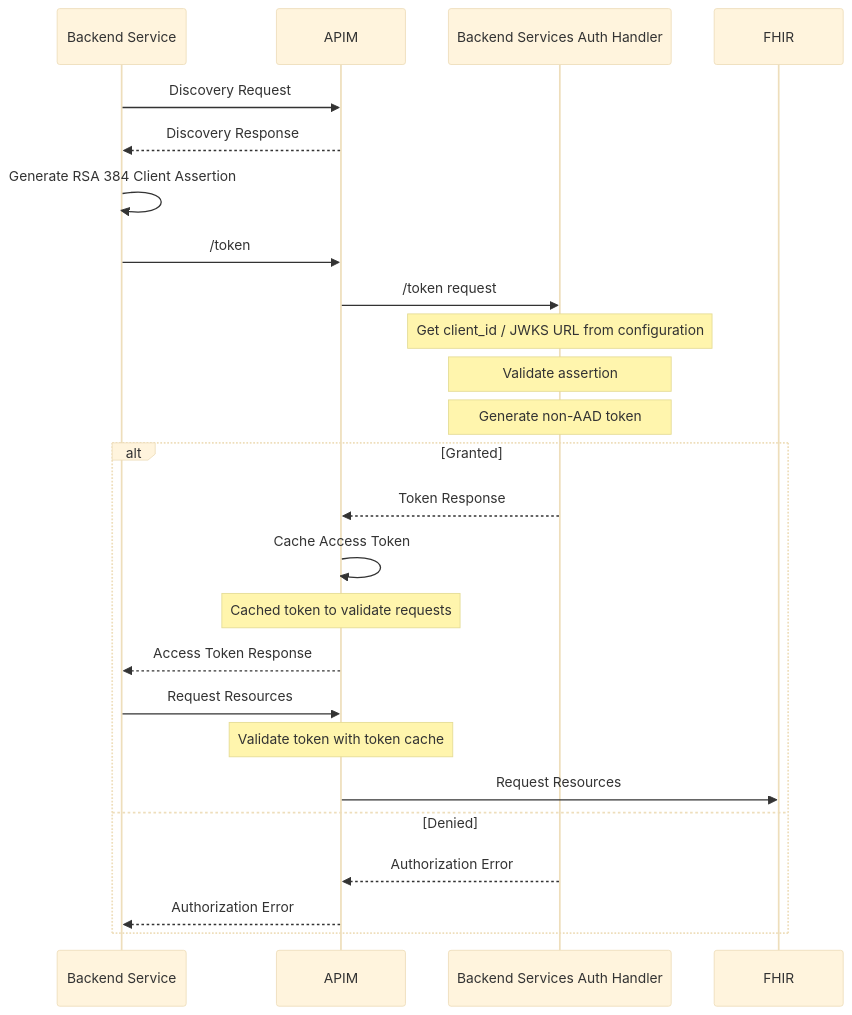
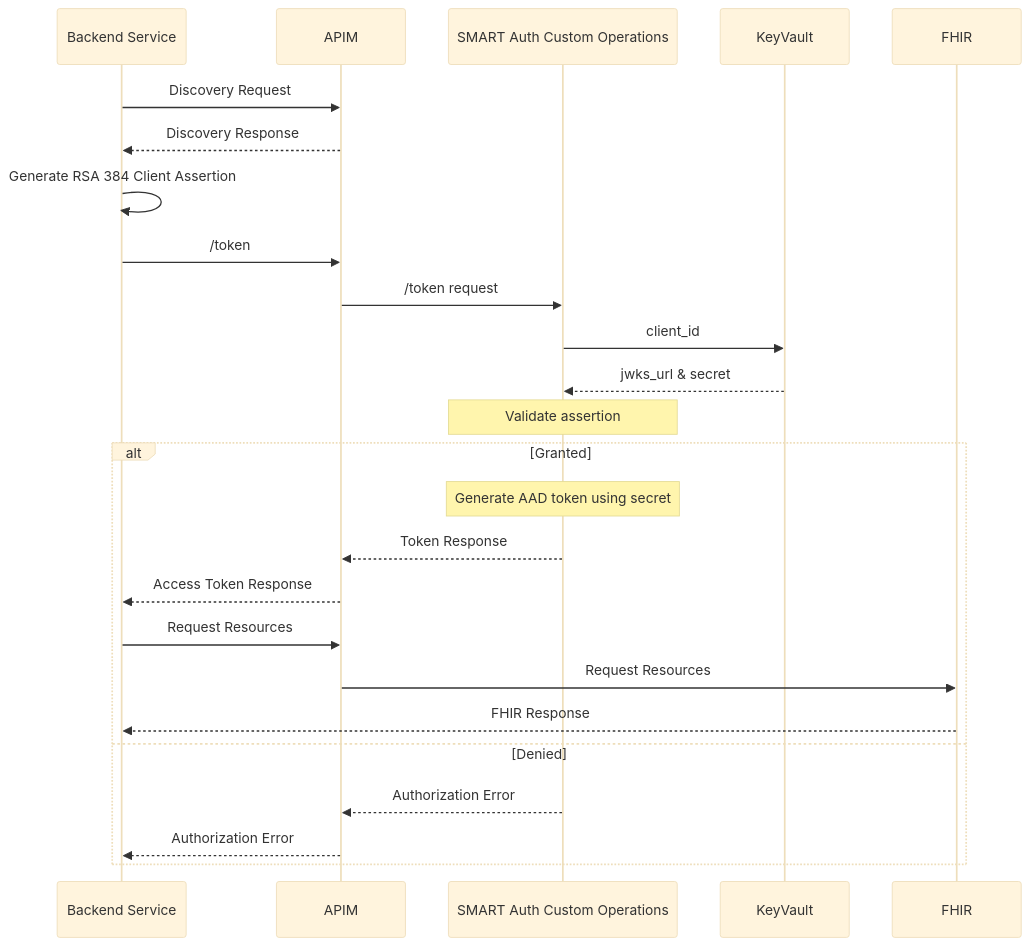
One commit to microsoft/fhir-server changed the fourth of 4 diagrams in samples/smart/docs/technical-guide.md. Above: the diagram before and after it, drawn with Mermaid (base theme). The commit also changed other lines of this file and 8 other files, not shown here.

````diff
--- a/samples/smart/docs/technical-guide.md
+++ b/samples/smart/docs/technical-guide.md
@@ -184,27 +164,29 @@
 ```mermaid
-sequenceDiagram
+  sequenceDiagram
     participant Backend Service
     participant APIM
-    participant Backend Services Auth Handler
+    participant SMART Auth Custom Operations
+    participant KeyVault
     participant FHIR
+
     Backend Service ->> APIM: Discovery Request
     APIM -->> Backend Service: Discovery Response
     Backend Service ->> Backend Service: Generate RSA 384 Client Assertion
     Backend Service ->> APIM: /token
-    APIM ->> Backend Services Auth Handler: /token request
-    note over Backend Services Auth Handler: Get client_id / JWKS URL from configuration
-    note over Backend Services Auth Handler: Validate assertion
-    note over Backend Services Auth Handler: Generate non-AAD token
+    APIM ->> SMART Auth Custom Operations: /token request
+    SMART Auth Custom Operations ->> KeyVault: client_id
+    KeyVault -->> SMART Auth Custom Operations: jwks_url & secret
+
+    note over SMART Auth Custom Operations: Validate assertion
     alt Granted
-        Backend Services Auth Handler -->> APIM: Token Response
-        APIM ->> APIM: Cache Access Token
-        note over APIM: Cached token to validate requests
+        note over SMART Auth Custom Operations: Generate AAD token using secret
+        SMART Auth Custom Operations -->> APIM: Token Response
         APIM -->> Backend Service: Access Token Response
         Backend Service ->> APIM: Request Resources
-        note over APIM: Validate token with token cache
         APIM ->> FHIR: Request Resources
+        FHIR -->> Backend Service: FHIR Response
     else Denied
-        Backend Services Auth Handler -->> APIM: Authorization Error
+        SMART Auth Custom Operations -->> APIM: Authorization Error
         APIM -->> Backend Service: Authorization Error
     end
 ```
````
